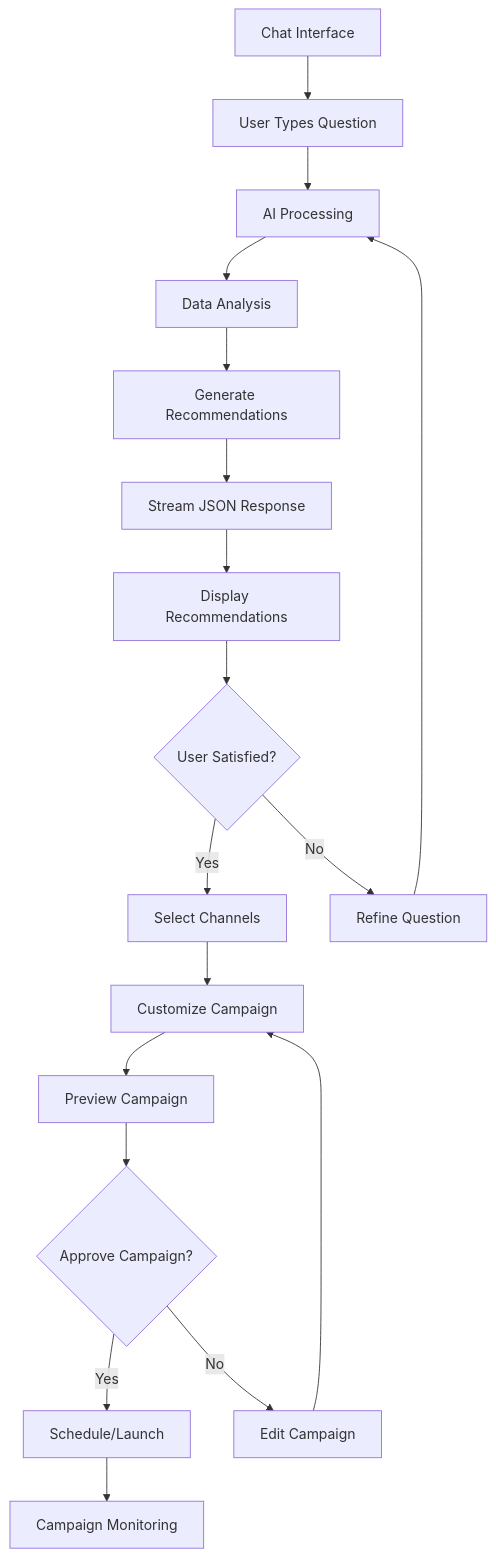
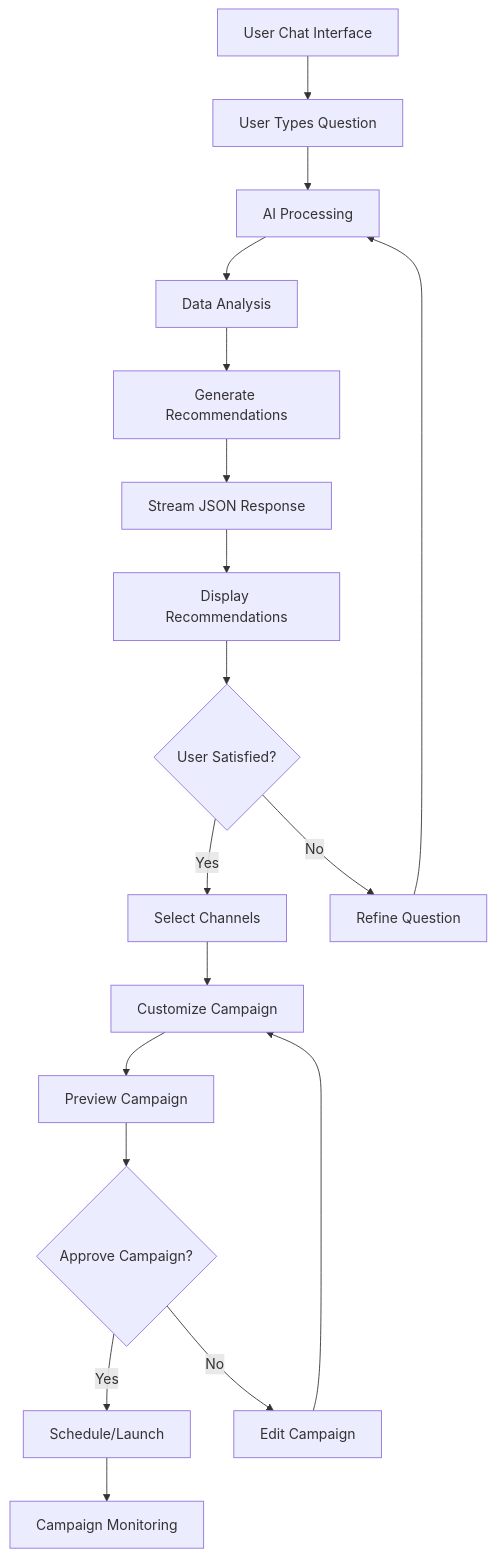
One commit to sakibrahmanchy/markopolo-ai-fullstack-challenge changed the fourth of 5 diagrams in docs/user-flow.md. Above: the diagram before and after it, drawn with Mermaid. The commit also changed other lines of this file and 1 other file, not shown here.

````diff
--- a/docs/user-flow.md
+++ b/docs/user-flow.md
@@ -87,20 +86,20 @@
 ```mermaid
 flowchart TD
-    A[Chat Interface] --> B[User Types Question]
+    A[User Chat Interface] --> B[User Types Question]
     B --> C[AI Processing]
     C --> D[Data Analysis]
     D --> E[Generate Recommendations]
     E --> F[Stream JSON Response]
     F --> G[Display Recommendations]
     G --> H{User Satisfied?}
     H -->|Yes| I[Select Channels]
     H -->|No| J[Refine Question]
     J --> C
     I --> K[Customize Campaign]
     K --> L[Preview Campaign]
     L --> M{Approve Campaign?}
     M -->|Yes| N[Schedule/Launch]
     M -->|No| O[Edit Campaign]
     O --> K
     N --> P[Campaign Monitoring]
 ```
````
